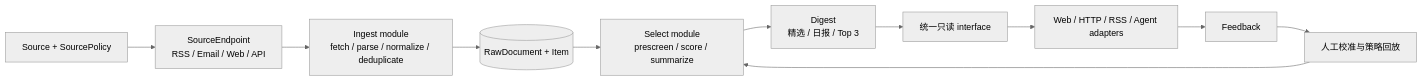
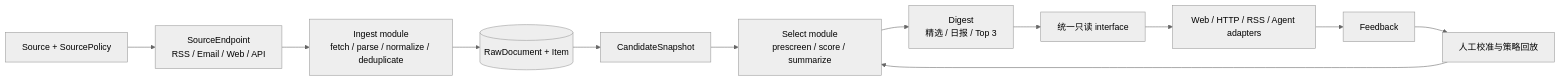
The diagram in README.md (fxjzai/fxjzai-IC), drawn with Mermaid (neutral theme) before and after one commit. The commit also changed other lines of this file and 4 other files, not shown here.

````diff
--- a/README.md
+++ b/README.md
@@ -47,13 +47,14 @@
 ```mermaid
 flowchart LR
     S["Source + SourcePolicy"] --> EP["SourceEndpoint\nRSS / Email / Web / API"]
     EP --> I["Ingest module\nfetch / parse / normalize / deduplicate"]
     I --> D[("RawDocument + Item")]
-    D --> SEL["Select module\nprescreen / score / summarize"]
+    D --> CS["CandidateSnapshot"]
+    CS --> SEL["Select module\nprescreen / score / summarize"]
     SEL --> DG["Digest\n精选 / 日报 / Top 3"]
     DG --> R["统一只读 interface"]
     R --> O["Web / HTTP / RSS / Agent adapters"]
     O --> F["Feedback"]
     F --> C["人工校准与策略回放"]
     C --> SEL
 ```
````
